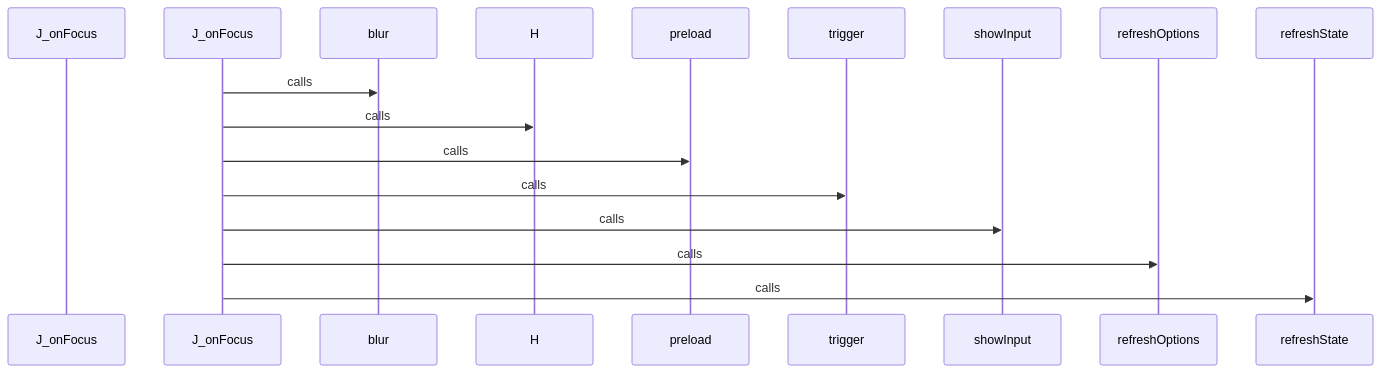
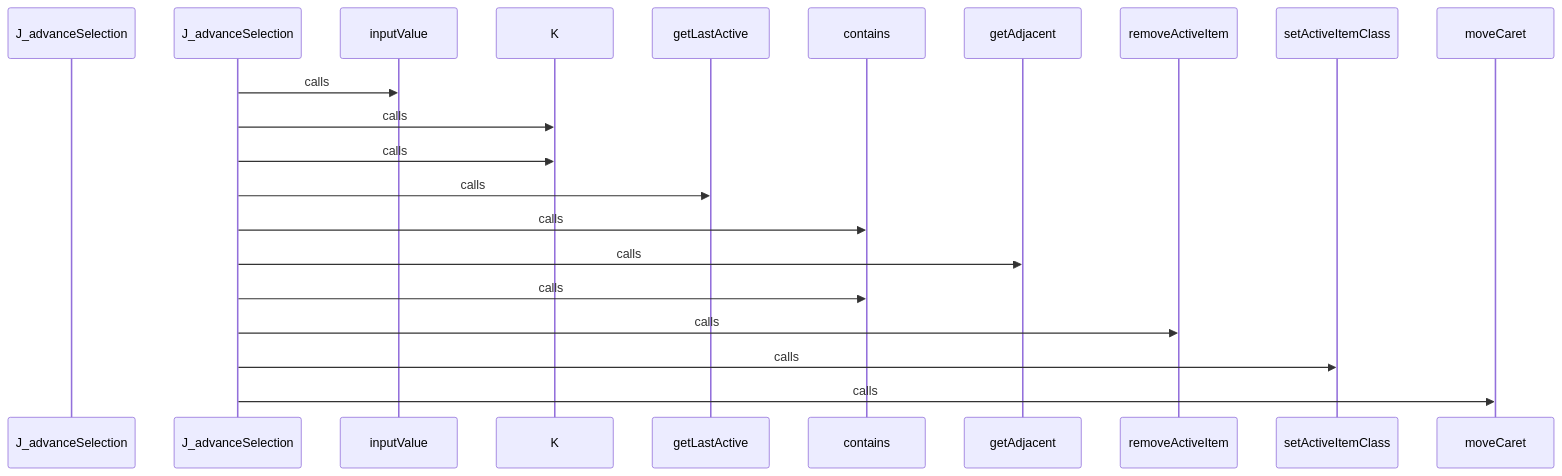
One commit to hazalkoom/DECODEx01 changed diagram 17 of 26 in docs/CALL_FLOW.md. Above: the diagram before and after it, drawn with Mermaid. The commit also changed other lines of this file and 15 other files, not shown here.

Commit message:
feat: NLG phases 2-4 - API scanner, few-shot schema, and story generator

````diff
--- a/docs/CALL_FLOW.md
+++ b/docs/CALL_FLOW.md
@@ -613,33 +669,45 @@
 ```mermaid
 sequenceDiagram
-    participant Start as J_onFocus
+    participant Start as J_advanceSelection
 
 
-    J_onFocus->>blur: calls
+    J_advanceSelection->>inputValue: calls
 
 
 
-    J_onFocus->>H: calls
+    J_advanceSelection->>K: calls
 
 
 
-    J_onFocus->>preload: calls
+    J_advanceSelection->>K: calls
 
 
 
-    J_onFocus->>trigger: calls
+    J_advanceSelection->>getLastActive: calls
 
 
 
-    J_onFocus->>showInput: calls
+    J_advanceSelection->>contains: calls
 
 
 
-    J_onFocus->>refreshOptions: calls
+    J_advanceSelection->>getAdjacent: calls
 
 
 
-    J_onFocus->>refreshState: calls
+    J_advanceSelection->>contains: calls
+
+
+
+    J_advanceSelection->>removeActiveItem: calls
+
+
+
+    J_advanceSelection->>setActiveItemClass: calls
+
+
+
+    J_advanceSelection->>moveCaret: calls
 
 
 ```
````
